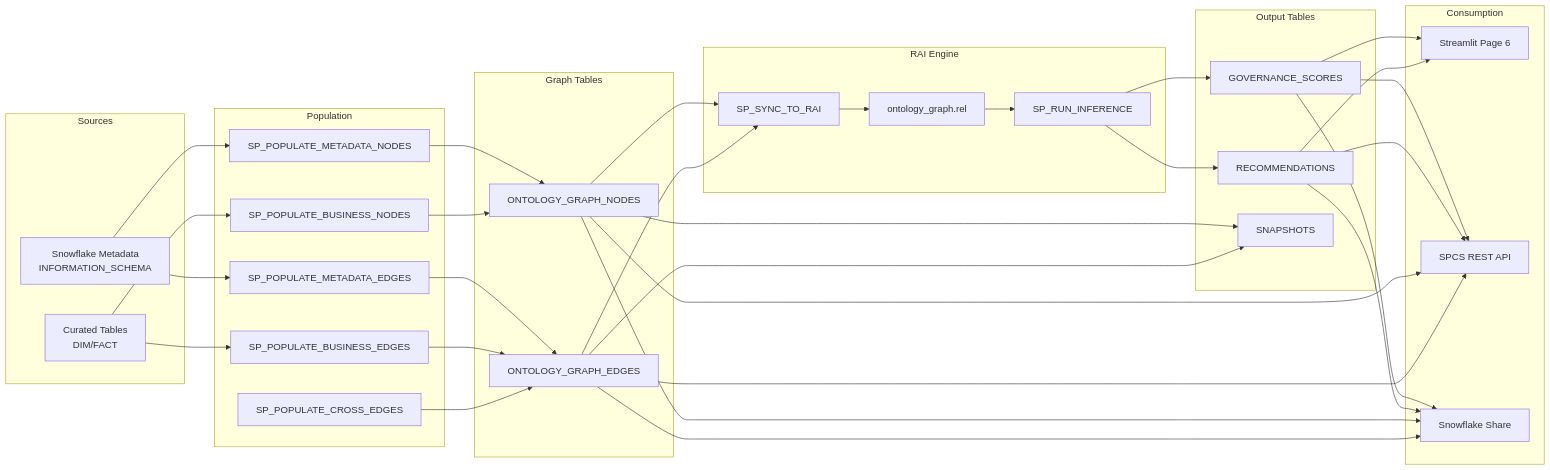
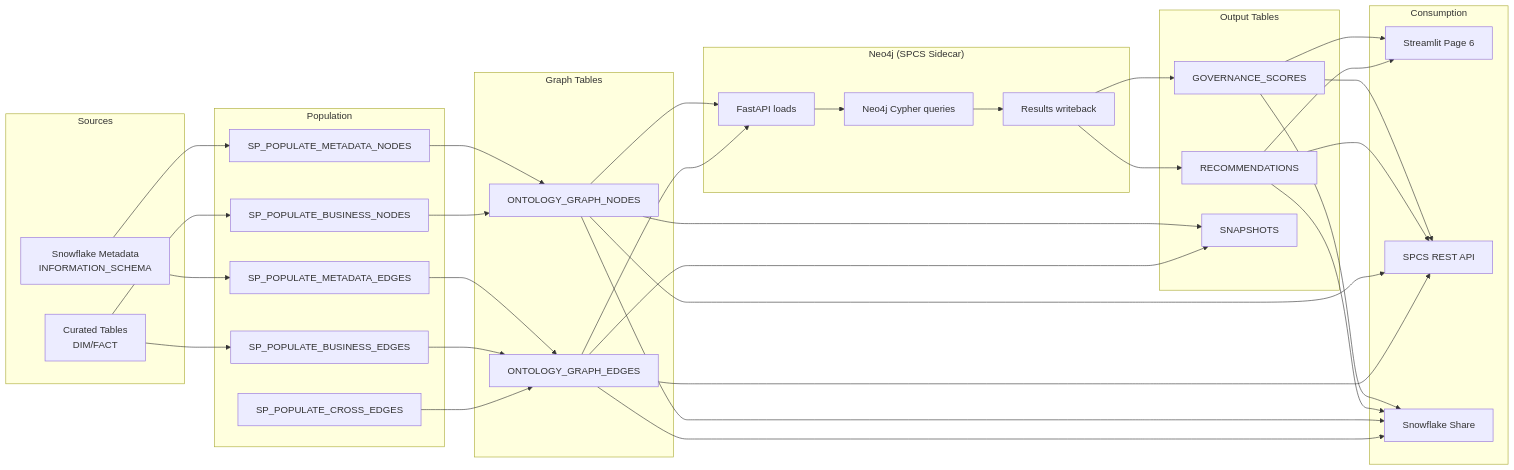
One commit to sfc-gh-smitchener-1/snowflake-dca-fullstack-demo changed the diagram in docs/KNOWLEDGE_GRAPH.md. Above: the diagram before and after it, drawn with Mermaid. The commit also changed other lines of this file and 44 other files, not shown here.

````diff
--- a/docs/KNOWLEDGE_GRAPH.md
+++ b/docs/KNOWLEDGE_GRAPH.md
@@ -11,50 +11,50 @@
 ```mermaid
 flowchart LR
     subgraph Sources
         SF[Snowflake Metadata<br/>INFORMATION_SCHEMA]
         CT[Curated Tables<br/>DIM/FACT]
     end
 
     subgraph Population
         SP1[SP_POPULATE_METADATA_NODES]
         SP2[SP_POPULATE_METADATA_EDGES]
         SP3[SP_POPULATE_BUSINESS_NODES]
         SP4[SP_POPULATE_BUSINESS_EDGES]
         SP5[SP_POPULATE_CROSS_EDGES]
     end
 
     subgraph "Graph Tables"
         N[ONTOLOGY_GRAPH_NODES]
         E[ONTOLOGY_GRAPH_EDGES]
     end
 
-    subgraph "RAI Engine"
-        SYNC[SP_SYNC_TO_RAI]
-        INF[SP_RUN_INFERENCE]
-        REL[ontology_graph.rel]
+    subgraph "Neo4j (SPCS Sidecar)"
+        LOAD[FastAPI loads]
+        NEO[Neo4j Cypher queries]
+        WB[Results writeback]
     end
 
     subgraph "Output Tables"
         SC[GOVERNANCE_SCORES]
         RC[RECOMMENDATIONS]
         SN[SNAPSHOTS]
     end
 
     subgraph Consumption
         ST[Streamlit Page 6]
         API[SPCS REST API]
         SH[Snowflake Share]
     end
 
     SF --> SP1 & SP2
     CT --> SP3 & SP4
     SP1 & SP3 --> N
     SP2 & SP4 & SP5 --> E
-    N & E --> SYNC
-    SYNC --> REL
-    REL --> INF
-    INF --> SC & RC
+    N & E --> LOAD
+    LOAD --> NEO
+    NEO --> WB
+    WB --> SC & RC
     N & E --> SN
     SC & RC --> ST & API & SH
     N & E --> API & SH
 ```
````
